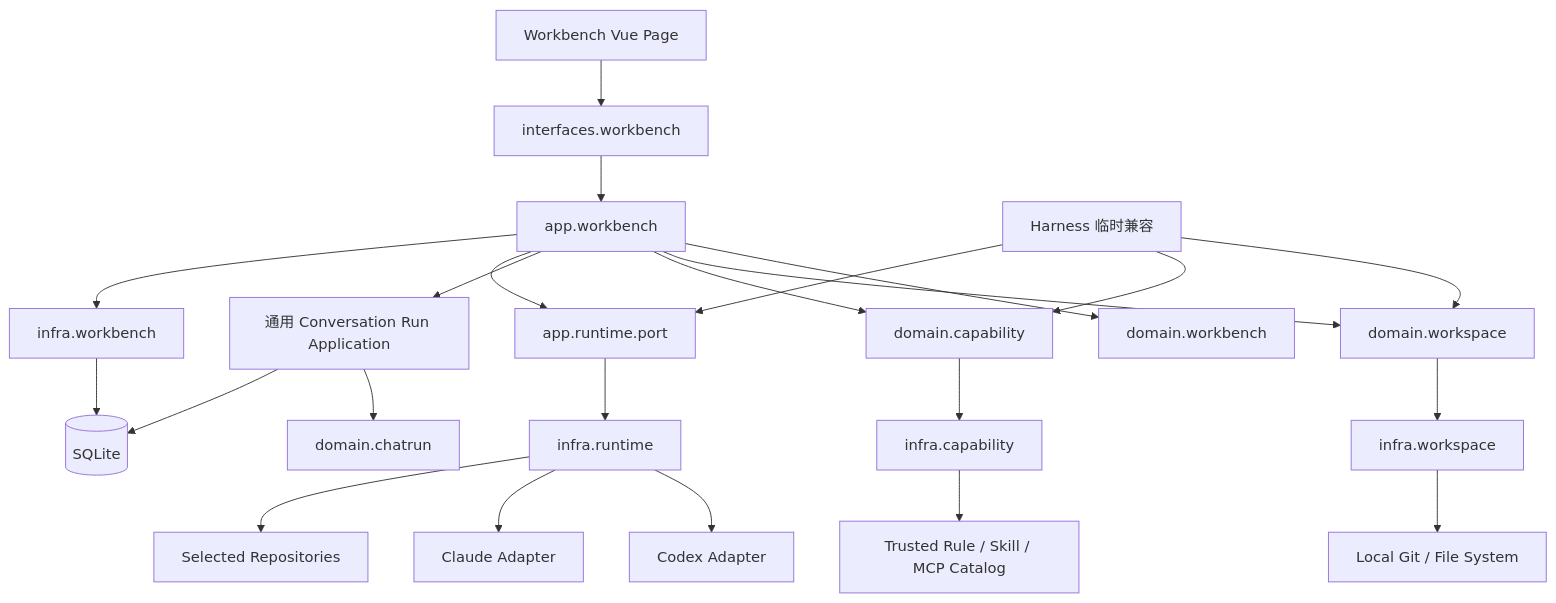
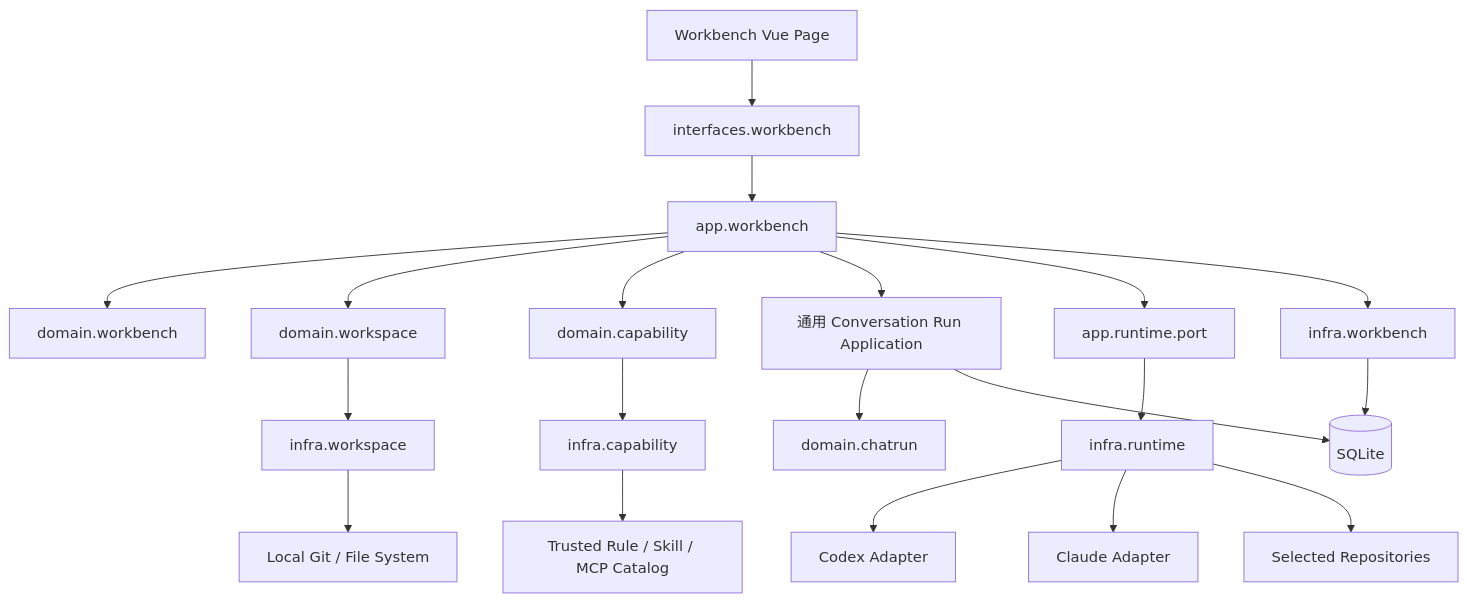
One commit to zhourui392/agent-web changed the diagram in docs/workbench/README.md. Above: the diagram before and after it, drawn with Mermaid. The commit also changed other lines of this file and 515 other files, not shown here.

````diff
--- a/docs/workbench/README.md
+++ b/docs/workbench/README.md
@@ -68,29 +66,25 @@
 ```mermaid
 flowchart TB
     UI[Workbench Vue Page] --> IFACE[interfaces.workbench]
     IFACE --> APP[app.workbench]
     APP --> WB[domain.workbench]
     APP --> WS[domain.workspace]
     APP --> CAP[domain.capability]
     APP --> CONV[通用 Conversation Run Application]
     APP --> RTPORT[app.runtime.port]
 
     CONV --> CR[domain.chatrun]
     RTPORT --> RTINFRA[infra.runtime]
     RTINFRA --> CODEX[Codex Adapter]
     RTINFRA --> CLAUDE[Claude Adapter]
 
     WS --> WSINFRA[infra.workspace]
     CAP --> CAPINFRA[infra.capability]
     APP --> WBINFRA[infra.workbench]
 
     WBINFRA --> SQLITE[(SQLite)]
     CONV --> SQLITE
     WSINFRA --> GIT[Local Git / File System]
     RTINFRA --> REPOS[Selected Repositories]
     CAPINFRA --> CATALOG[Trusted Rule / Skill / MCP Catalog]
-
-    HARNESS[Harness 临时兼容] --> WS
-    HARNESS --> CAP
-    HARNESS --> RTPORT
 ```
````
